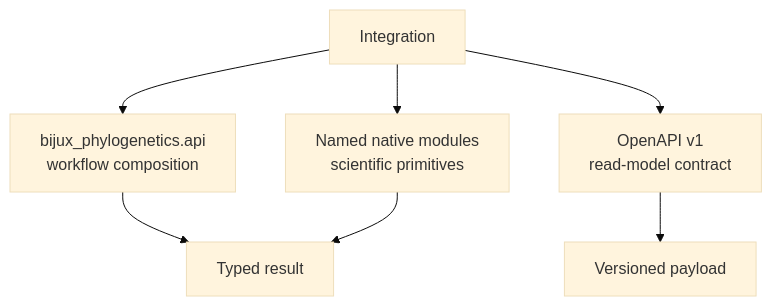
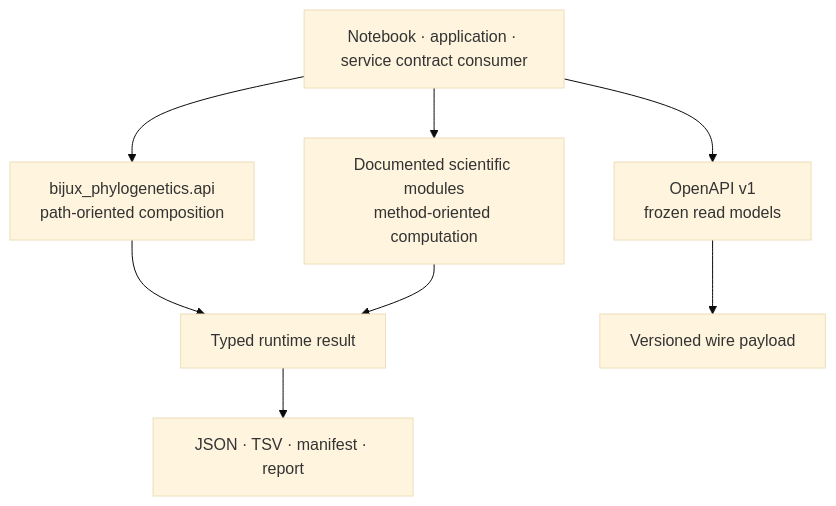
One commit to bijux/bijux-phylogenetics changed the first of 2 diagrams in docs/01-bijux-phylogenetics/interfaces/api-surface.md. Above: the diagram before and after it, drawn with Mermaid (base theme). The commit also changed other lines of this file and 4 other files, not shown here.

````diff
--- a/docs/01-bijux-phylogenetics/interfaces/api-surface.md
+++ b/docs/01-bijux-phylogenetics/interfaces/api-surface.md
@@ -17,13 +18,14 @@
 ```mermaid
 flowchart TD
-    caller["Integration"]
-    workflow["bijux_phylogenetics.api<br/>workflow composition"]
-    native["Named native modules<br/>scientific primitives"]
-    openapi["OpenAPI v1<br/>read-model contract"]
-    result["Typed result"]
-    payload["Versioned payload"]
+    consumer["Notebook · application · service contract consumer"]
+    workflow["bijux_phylogenetics.api<br/>path-oriented composition"]
+    module["Documented scientific modules<br/>method-oriented computation"]
+    schema["OpenAPI v1<br/>frozen read models"]
+    typed["Typed runtime result"]
+    payload["Versioned wire payload"]
+    artifact["JSON · TSV · manifest · report"]
 
-    caller --> workflow --> result
-    caller --> native --> result
-    caller --> openapi --> payload
+    consumer --> workflow --> typed --> artifact
+    consumer --> module --> typed
+    consumer --> schema --> payload
 ```
````
